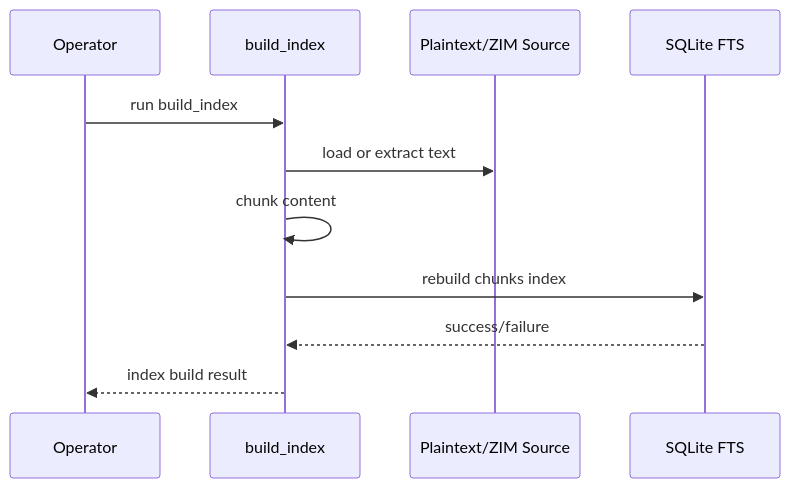
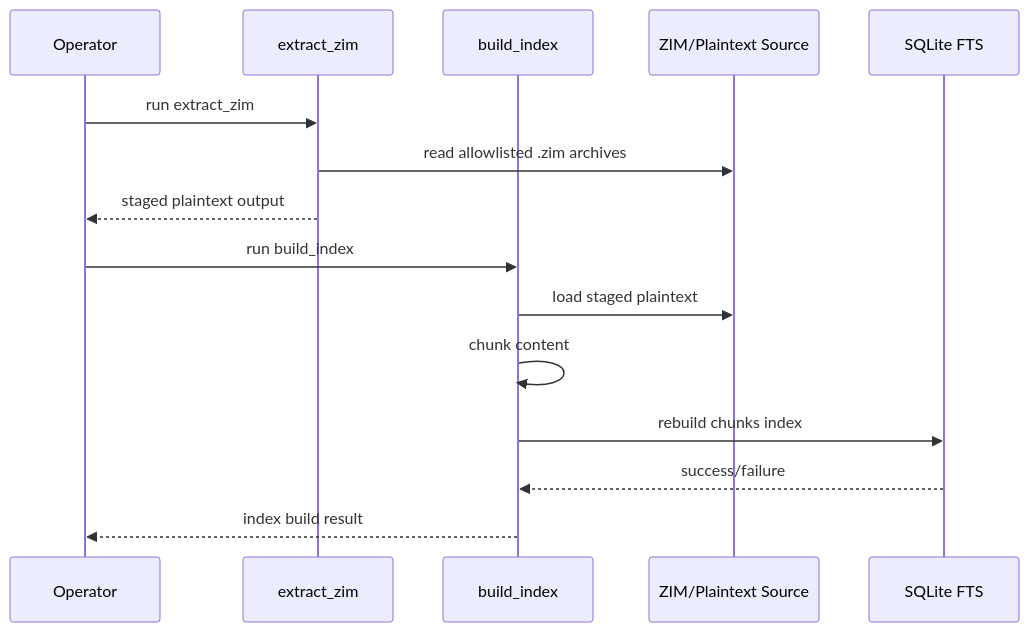
One commit to SebastianMalara/delphi-42 changed the third of 3 diagrams in docs/architecture/runtime_flows.md. Above: the diagram before and after it, drawn with Mermaid. The commit also changed other lines of this file and 49 other files, not shown here.

````diff
--- a/docs/architecture/runtime_flows.md
+++ b/docs/architecture/runtime_flows.md
@@ -75,14 +84,18 @@
 ```mermaid
 sequenceDiagram
   participant Operator
+  participant Extract as extract_zim
   participant Ingest as build_index
-  participant Corpus as Plaintext/ZIM Source
+  participant Corpus as ZIM/Plaintext Source
   participant DB as SQLite FTS
 
+  Operator->>Extract: run extract_zim
+  Extract->>Corpus: read allowlisted .zim archives
+  Extract-->>Operator: staged plaintext output
   Operator->>Ingest: run build_index
-  Ingest->>Corpus: load or extract text
+  Ingest->>Corpus: load staged plaintext
   Ingest->>Ingest: chunk content
   Ingest->>DB: rebuild chunks index
   DB-->>Ingest: success/failure
   Ingest-->>Operator: index build result
 ```
````
